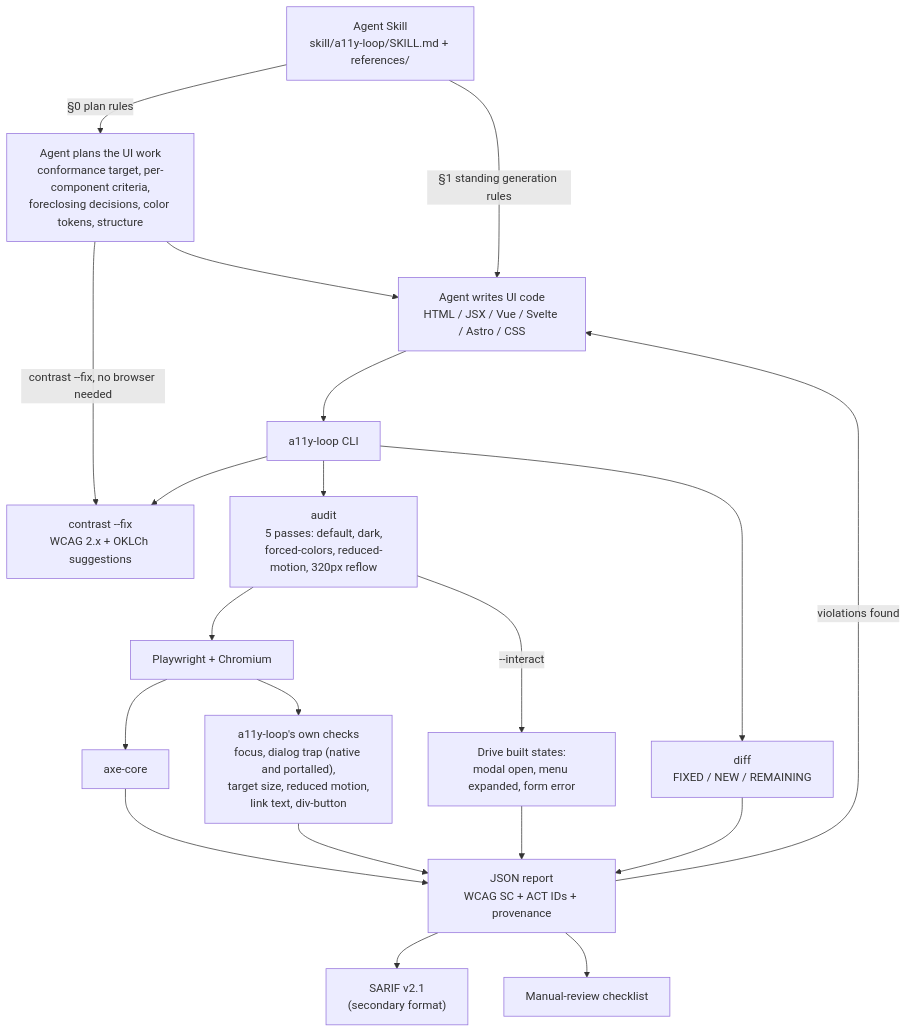
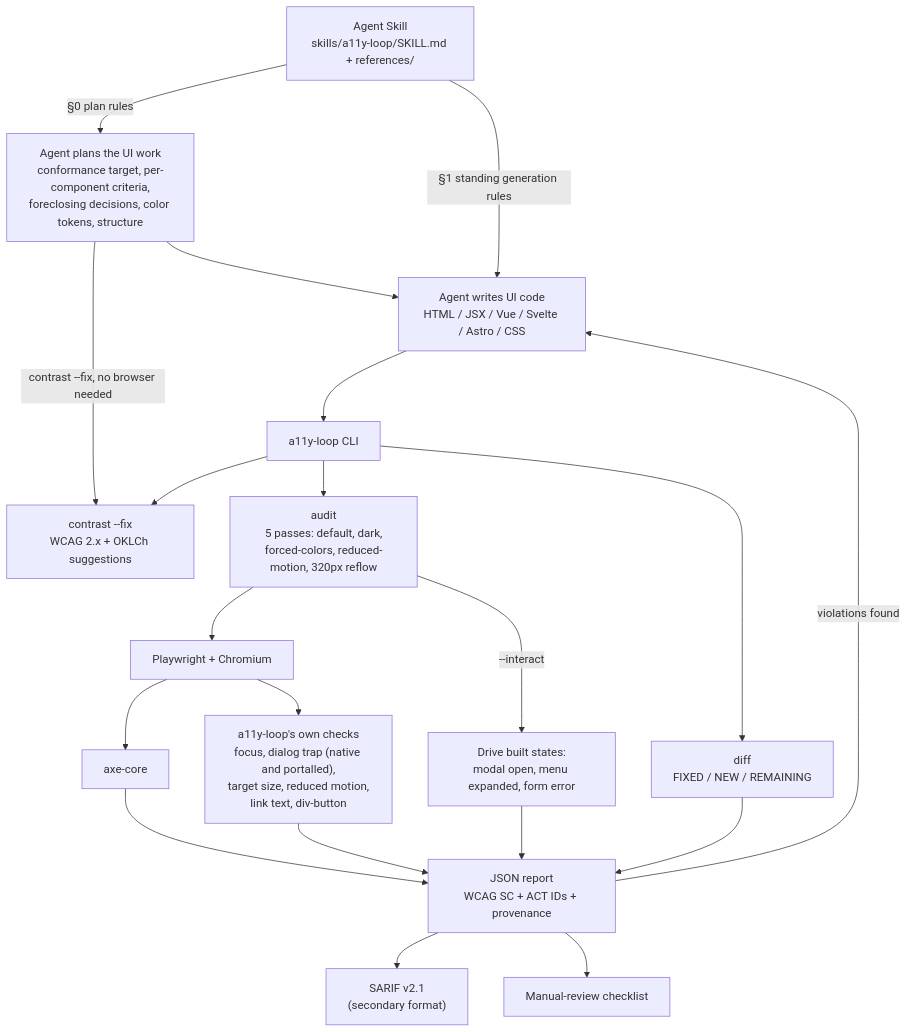
One commit to ChanMeng666/a11y-loop changed the first of 2 diagrams in website/guide/architecture.md. Above: the diagram before and after it, drawn with Mermaid. The commit also changed 18 other files, not shown here.

First line of the commit message:
refactor(skill)!: move skill/ to skills/ so standard installers find it

````diff
--- a/website/guide/architecture.md
+++ b/website/guide/architecture.md
@@ -14,22 +14,22 @@
 ```mermaid
 graph TD
-    A["Agent Skill<br/>skill/a11y-loop/SKILL.md + references/"] -->|"§0 plan rules"| P["Agent plans the UI work<br/>conformance target, per-component criteria,<br/>foreclosing decisions, color tokens, structure"]
+    A["Agent Skill<br/>skills/a11y-loop/SKILL.md + references/"] -->|"§0 plan rules"| P["Agent plans the UI work<br/>conformance target, per-component criteria,<br/>foreclosing decisions, color tokens, structure"]
     P -->|"contrast --fix, no browser needed"| E
     P --> B
     A -->|"§1 standing generation rules"| B["Agent writes UI code<br/>HTML / JSX / Vue / Svelte / Astro / CSS"]
     B --> C["a11y-loop CLI"]
     C --> D["audit<br/>5 passes: default, dark,<br/>forced-colors, reduced-motion, 320px reflow"]
     C --> E["contrast --fix<br/>WCAG 2.x + OKLCh suggestions"]
     C --> F["diff<br/>FIXED / NEW / REMAINING"]
     D --> G["Playwright + Chromium"]
     G --> H["axe-core"]
     G --> I["a11y-loop's own checks<br/>focus, dialog trap (native and portalled),<br/>target size, reduced motion,<br/>link text, div-button"]
     D -->|--interact| J["Drive built states:<br/>modal open, menu expanded, form error"]
     H --> K["JSON report<br/>WCAG SC + ACT IDs + provenance"]
     I --> K
     J --> K
     K --> L["SARIF v2.1<br/>(secondary format)"]
     K --> M["Manual-review checklist"]
     K -->|violations found| B
     F --> K
 ```
````
